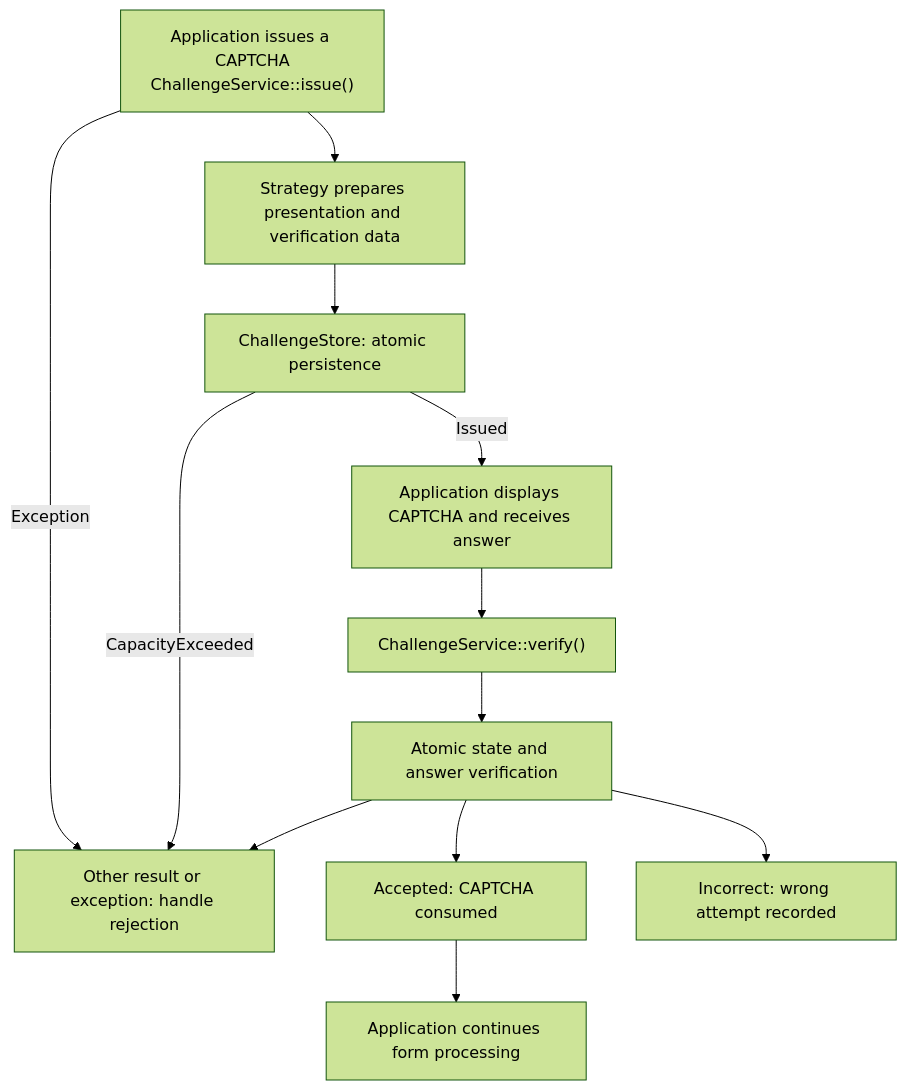
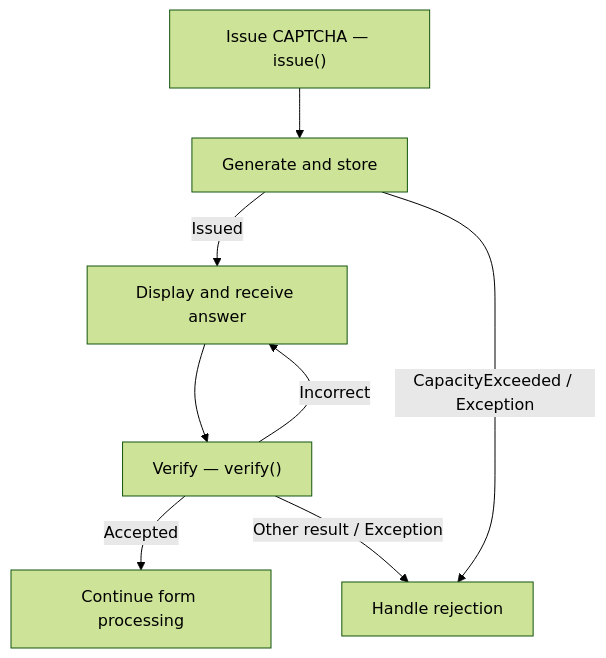
Before and after one commit to yaleksandr89/human-gate: the diagram in docs/langs/en/README.md, drawn with Mermaid (forest theme). The commit also changed 5 other files, not shown here.

Commit message:
docs: компактная диаграмма работы Human Gate

````diff
--- a/docs/langs/en/README.md
+++ b/docs/langs/en/README.md
@@ -269,14 +269,10 @@
 ```mermaid
 flowchart TD
-    A["Application issues a CAPTCHA<br/>ChallengeService::issue()"] --> B["Strategy prepares presentation and verification data"]
-    A -->|Exception| J
-    B --> C["ChallengeStore: atomic persistence"]
-    C -->|Issued| D["Application displays CAPTCHA and receives answer"]
-    C -->|CapacityExceeded| J
-    D --> E["ChallengeService::verify()"]
-    E --> F["Atomic state and answer verification"]
-    F --> G["Accepted: CAPTCHA consumed"]
-    G --> H["Application continues form processing"]
-    F --> I["Incorrect: wrong attempt recorded"]
-    F --> J["Other result or exception: handle rejection"]
+    A["Issue CAPTCHA — issue()"] --> B["Generate and store"]
+    B -->|Issued| C["Display and receive answer"]
+    C --> D["Verify — verify()"]
+    D -->|Accepted| E["Continue form processing"]
+    D -->|Incorrect| C
+    B -->|CapacityExceeded / Exception| F["Handle rejection"]
+    D -->|Other result / Exception| F
 ```
````
